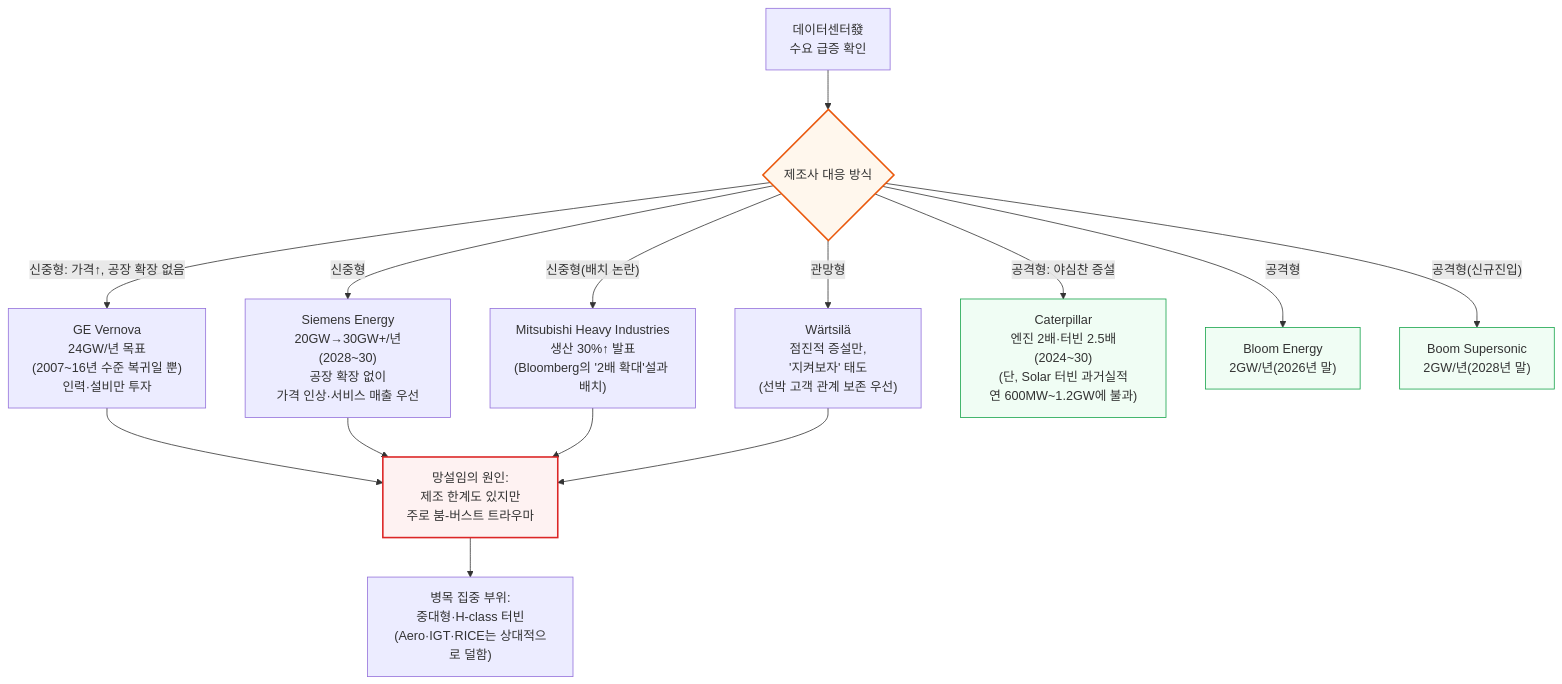
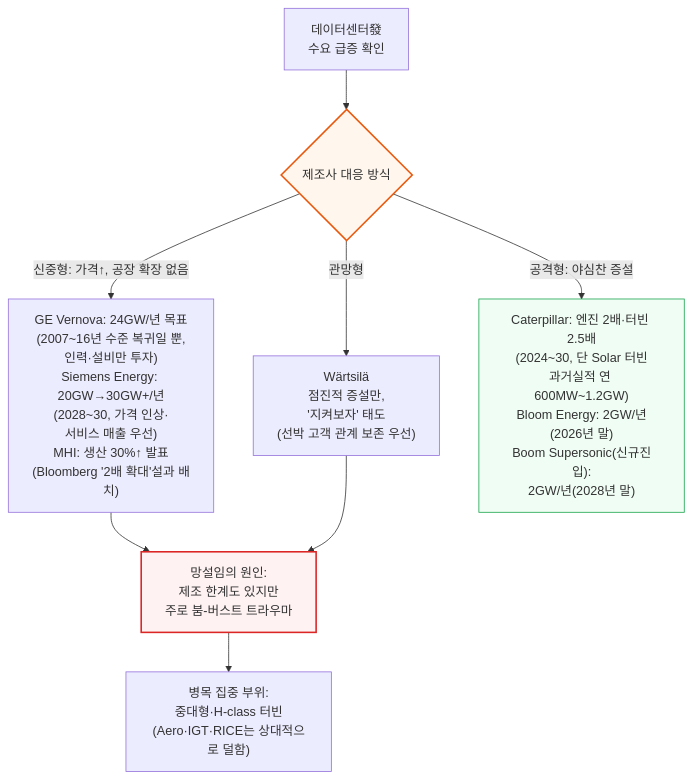
Before and after one commit to yohan4477/semi-report: diagram 27 of 34 in 원본 해석/[251231] AI 랩들은 어떻게 전력난을 해결하는가 - 온사이트 가스 딥다이브.md, drawn with Mermaid. The commit also changed other lines of this file, not shown here.

First line of the commit message:
Fix all remaining diagram width violations in onsite gas doc (v14.0)

````diff
--- a/원본 해석/[251231] AI 랩들은 어떻게 전력난을 해결하는가 - 온사이트 가스 딥다이브.md
+++ b/원본 해석/[251231] AI 랩들은 어떻게 전력난을 해결하는가 - 온사이트 가스 딥다이브.md
@@ -835,25 +784,17 @@
 ```mermaid
 flowchart TD
     Demand["데이터센터發<br/>수요 급증 확인"] --> Response{"제조사 대응 방식"}
 
-    Response -->|"신중형: 가격↑, 공장 확장 없음"| GE["GE Vernova<br/>24GW/년 목표<br/>(2007~16년 수준 복귀일 뿐)<br/>인력·설비만 투자"]
-    Response -->|"신중형"| Siemens["Siemens Energy<br/>20GW→30GW+/년(2028~30)<br/>공장 확장 없이<br/>가격 인상·서비스 매출 우선"]
-    Response -->|"신중형(배치 논란)"| MHI["Mitsubishi Heavy Industries<br/>생산 30%↑ 발표<br/>(Bloomberg의 '2배 확대'설과 배치)"]
+    Response -->|"신중형: 가격↑, 공장 확장 없음"| Cautious["GE Vernova: 24GW/년 목표<br/>(2007~16년 수준 복귀일 뿐,<br/>인력·설비만 투자)<br/>Siemens Energy: 20GW→30GW+/년<br/>(2028~30, 가격 인상·<br/>서비스 매출 우선)<br/>MHI: 생산 30%↑ 발표<br/>(Bloomberg '2배 확대'설과 배치)"]
     Response -->|"관망형"| Wartsila["Wärtsilä<br/>점진적 증설만,<br/>'지켜보자' 태도<br/>(선박 고객 관계 보존 우선)"]
-    Response -->|"공격형: 야심찬 증설"| Cat["Caterpillar<br/>엔진 2배·터빈 2.5배(2024~30)<br/>(단, Solar 터빈 과거실적<br/>연 600MW~1.2GW에 불과)"]
-    Response -->|"공격형"| Bloom10["Bloom Energy<br/>2GW/년(2026년 말)"]
-    Response -->|"공격형(신규진입)"| Boom10["Boom Supersonic<br/>2GW/년(2028년 말)"]
+    Response -->|"공격형: 야심찬 증설"| Aggressive["Caterpillar: 엔진 2배·터빈 2.5배<br/>(2024~30, 단 Solar 터빈<br/>과거실적 연 600MW~1.2GW)<br/>Bloom Energy: 2GW/년(2026년 말)<br/>Boom Supersonic(신규진입):<br/>2GW/년(2028년 말)"]
 
-    GE --> Trauma["망설임의 원인:<br/>제조 한계도 있지만<br/>주로 붐-버스트 트라우마"]
-    Siemens --> Trauma
-    MHI --> Trauma
+    Cautious --> Trauma["망설임의 원인:<br/>제조 한계도 있지만<br/>주로 붐-버스트 트라우마"]
     Wartsila --> Trauma
 
     Trauma --> Focus["병목 집중 부위:<br/>중대형·H-class 터빈<br/>(Aero·IGT·RICE는 상대적으로 덜함)"]
 
     style Response fill:#fff7ed,stroke:#ea580c,stroke-width:2px
     style Trauma fill:#fef2f2,stroke:#dc2626,stroke-width:2px
-    style Cat fill:#f0fdf4,stroke:#16a34a
-    style Bloom10 fill:#f0fdf4,stroke:#16a34a
-    style Boom10 fill:#f0fdf4,stroke:#16a34a
+    style Aggressive fill:#f0fdf4,stroke:#16a34a
 ```
````
